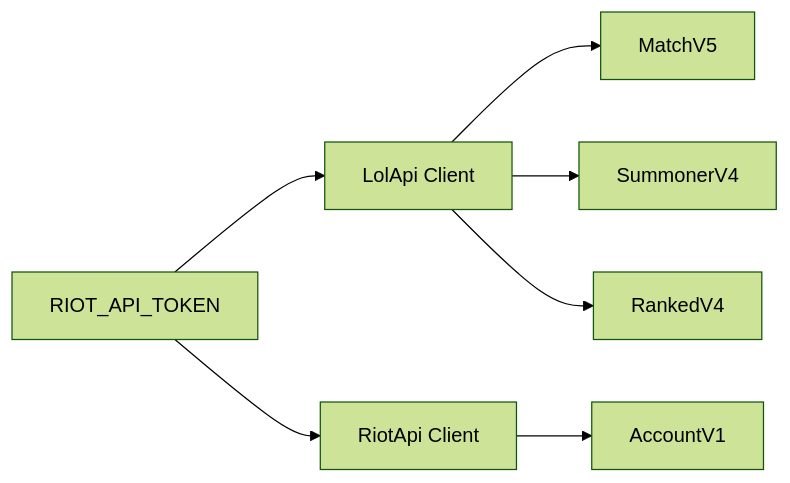
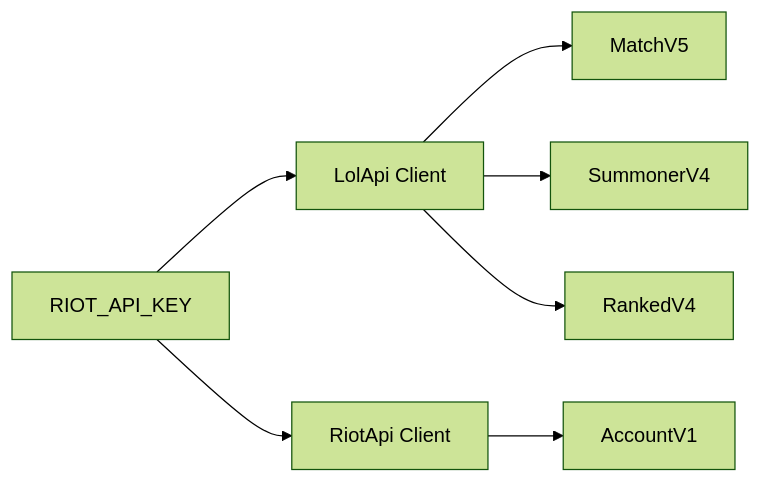
One commit to shepherdjerred/monorepo changed the fifth of 8 diagrams in packages/scout-for-lol/docs/backend.md. Above: the diagram before and after it, drawn with Mermaid (forest theme). The commit also changed 884 other files, not shown here.

````diff
--- a/packages/scout-for-lol/docs/backend.md
+++ b/packages/scout-for-lol/docs/backend.md
@@ -191,11 +191,11 @@
 ```mermaid
 flowchart LR
-    CONFIG["RIOT_API_TOKEN"]
+    CONFIG["RIOT_API_KEY"]
     CONFIG --> LOL_API["LolApi Client"]
     CONFIG --> RIOT_API["RiotApi Client"]
 
     LOL_API --> MATCH["MatchV5"]
     LOL_API --> SUMMONER["SummonerV4"]
     LOL_API --> RANKED["RankedV4"]
     RIOT_API --> ACCOUNT["AccountV1"]
 ```
````
